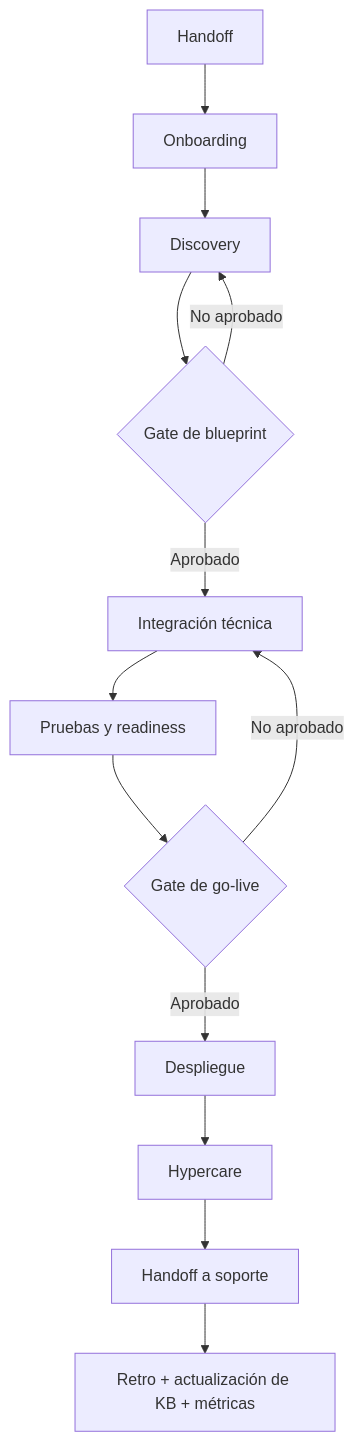
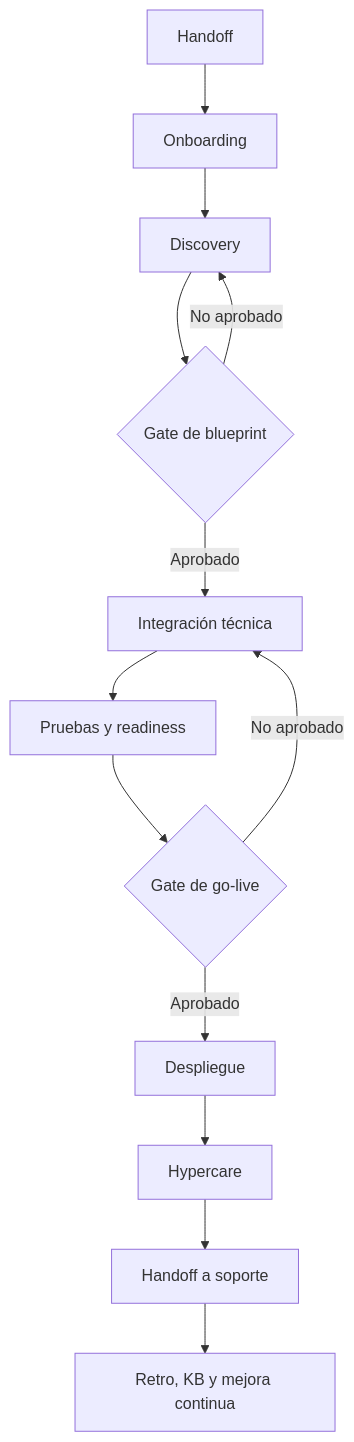
The second of 2 diagrams in README.md (ecr17dev/framework_fde), drawn with Mermaid before and after one commit. The commit also changed other lines of this file, not shown here.

````diff
--- a/README.md
+++ b/README.md
@@ -179,15 +187,15 @@
 ```mermaid
 flowchart TD
     A[Handoff] --> B[Onboarding]
     B --> C[Discovery]
     C --> D{Gate de blueprint}
     D -->|Aprobado| E[Integración técnica]
     D -->|No aprobado| C
     E --> F[Pruebas y readiness]
     F --> G{Gate de go-live}
     G -->|Aprobado| H[Despliegue]
     G -->|No aprobado| E
     H --> I[Hypercare]
     I --> J[Handoff a soporte]
-    J --> K[Retro + actualización de KB + métricas]
+    J --> K[Retro, KB y mejora continua]
 ```
````
